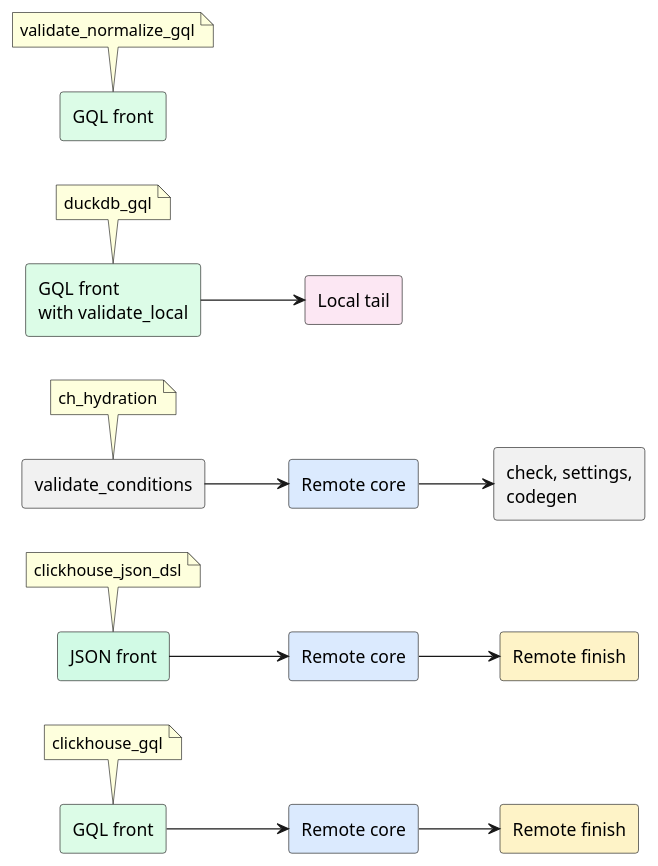
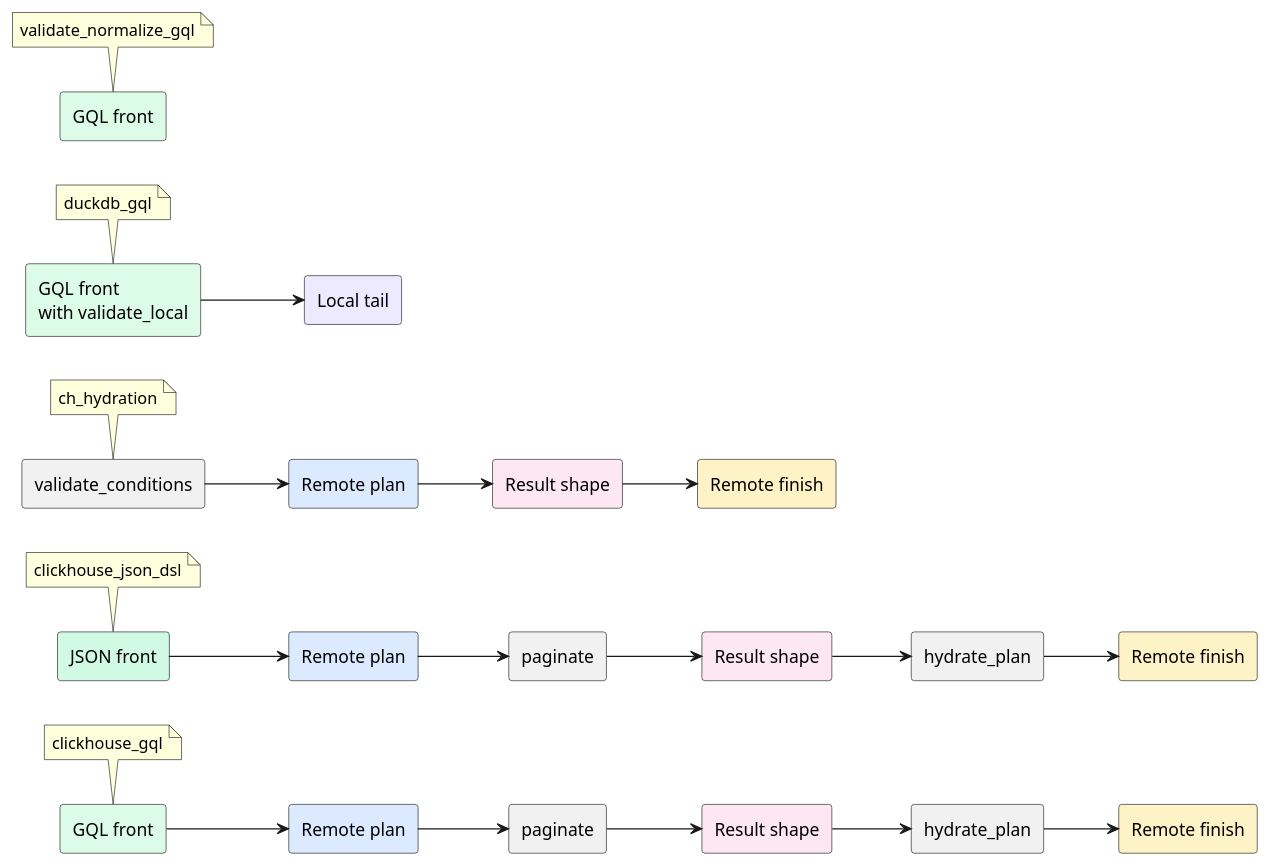
The sixth of 18 diagrams in docs/architecture/query-engine.md (gitlabhq/orbit-knowledge-graph), drawn with PlantUML before and after one commit. The commit also changed other lines of this file, not shown here.

Commit message:
docs(architecture): match the engine page to the current compiler phase order

````diff
--- a/docs/architecture/query-engine.md
+++ b/docs/architecture/query-engine.md
@@ -338,35 +346,49 @@
 ```plantuml
 @startuml
 left to right direction
 skinparam componentStyle rectangle
 
 component "GQL front" as gql_a #DCFCE7
-component "Remote core" as core_a #DBEAFE
+component "Remote plan" as plan_a #DBEAFE
+component "paginate" as page_a
+component "Result shape" as shape_a #FCE7F3
+component "hydrate_plan" as hydrate_a
 component "Remote finish" as finish_a #FEF3C7
-gql_a --> core_a
-core_a --> finish_a
+gql_a --> plan_a
+plan_a --> page_a
+page_a --> shape_a
+shape_a --> hydrate_a
+hydrate_a --> finish_a
 note top of gql_a : clickhouse_gql
 
 component "JSON front" as json_b #D1FAE5
-component "Remote core" as core_b #DBEAFE
+component "Remote plan" as plan_b #DBEAFE
+component "paginate" as page_b
+component "Result shape" as shape_b #FCE7F3
+component "hydrate_plan" as hydrate_b
 component "Remote finish" as finish_b #FEF3C7
-json_b --> core_b
-core_b --> finish_b
+json_b --> plan_b
+plan_b --> page_b
+page_b --> shape_b
+shape_b --> hydrate_b
+hydrate_b --> finish_b
 note top of json_b : clickhouse_json_dsl
 
 component "validate_conditions" as cond_c
-component "Remote core" as core_c #DBEAFE
-component "check, settings,\ncodegen" as finish_c
-cond_c --> core_c
-core_c --> finish_c
+component "Remote plan" as plan_c #DBEAFE
+component "Result shape" as shape_c #FCE7F3
+component "Remote finish" as finish_c #FEF3C7
+cond_c --> plan_c
+plan_c --> shape_c
+shape_c --> finish_c
 note top of cond_c : ch_hydration
 
 component "GQL front\nwith validate_local" as gql_d #DCFCE7
-component "Local tail" as local_d #FCE7F3
+component "Local tail" as local_d #EDE9FE
 gql_d --> local_d
 note top of gql_d : duckdb_gql
 
 component "GQL front" as gql_e #DCFCE7
 note top of gql_e : validate_normalize_gql
 @enduml
 ```
````
